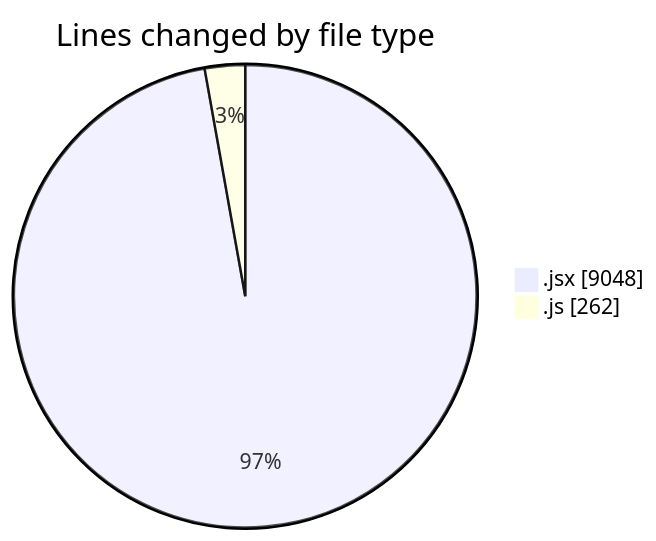
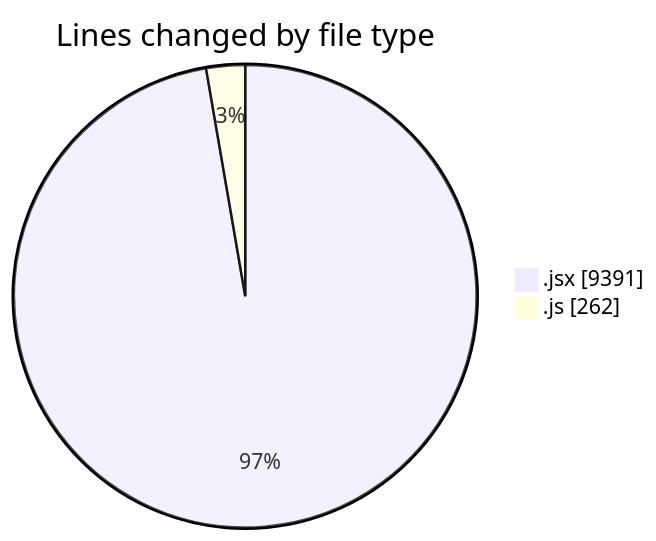
Before and after one commit to nxtqubesakshisongat/code-tracking: the first of 2 diagrams in 2025-05-27/nxtqube_webapp/README.md, drawn with Mermaid. The commit also changed other lines of this file and 1 other file, not shown here.

````diff
--- a/2025-05-27/nxtqube_webapp/README.md
+++ b/2025-05-27/nxtqube_webapp/README.md
@@ -27,6 +28,6 @@
 ```mermaid
 pie showData
 title Lines changed by file type
-".jsx" : 9048
+".jsx" : 9391
 ".js" : 262
 ```
````
